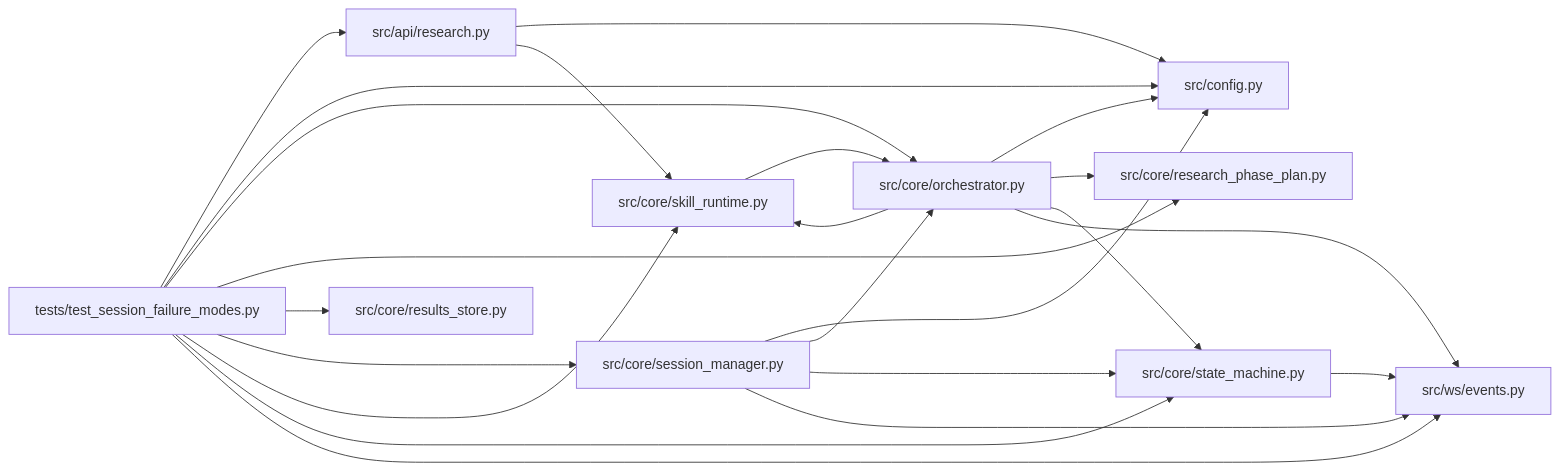
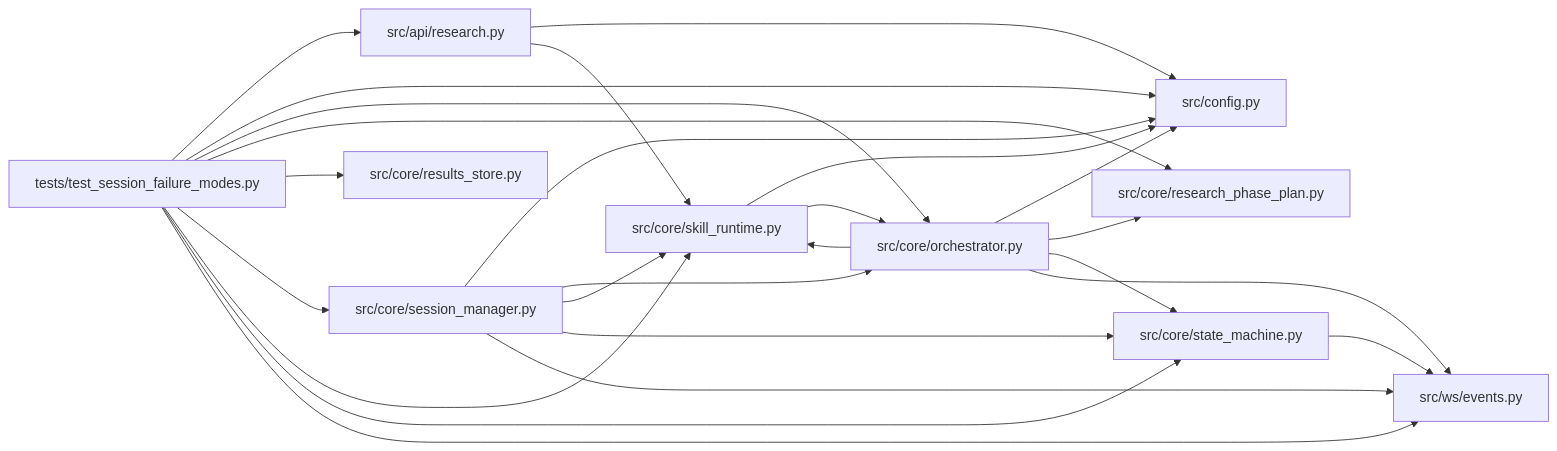
The diagram in docs/llm_wiki/modules/test_session_failure_modes.md (Denissvgn/autoresearch-agent), drawn with Mermaid before and after one commit. The commit also changed other lines of this file and 1033 other files, not shown here.

````diff
--- a/docs/llm_wiki/modules/test_session_failure_modes.md
+++ b/docs/llm_wiki/modules/test_session_failure_modes.md
@@ -62,45 +62,47 @@
 ```mermaid
 flowchart LR
     n0["src/api/research.py"]
     n1["src/config.py"]
     n2["src/core/orchestrator.py"]
     n3["src/core/research_phase_plan.py"]
     n4["src/core/results_store.py"]
     n5["src/core/session_manager.py"]
     n6["src/core/skill_runtime.py"]
     n7["src/core/state_machine.py"]
     n8["src/ws/events.py"]
     n9["tests/test_session_failure_modes.py"]
     n0 --> n1
     n0 --> n6
     n2 --> n1
     n2 --> n3
     n2 --> n6
     n2 --> n7
     n2 --> n8
     n5 --> n1
     n5 --> n2
+    n5 --> n6
     n5 --> n7
     n5 --> n8
+    n6 --> n1
     n6 --> n2
     n7 --> n8
     n9 --> n0
     n9 --> n1
     n9 --> n2
     n9 --> n3
     n9 --> n4
     n9 --> n5
     n9 --> n6
     n9 --> n7
     n9 --> n8
     click n0 "../modules/research.md"
     click n1 "../modules/config.md"
     click n2 "../modules/orchestrator.md"
     click n3 "../modules/research_phase_plan.md"
     click n4 "../modules/results_store.md"
     click n5 "../modules/session_manager.md"
     click n6 "../modules/skill_runtime.md"
     click n7 "../modules/state_machine.md"
     click n8 "../modules/events.md"
     click n9 "../modules/test_session_failure_modes.md"
 ```
````
